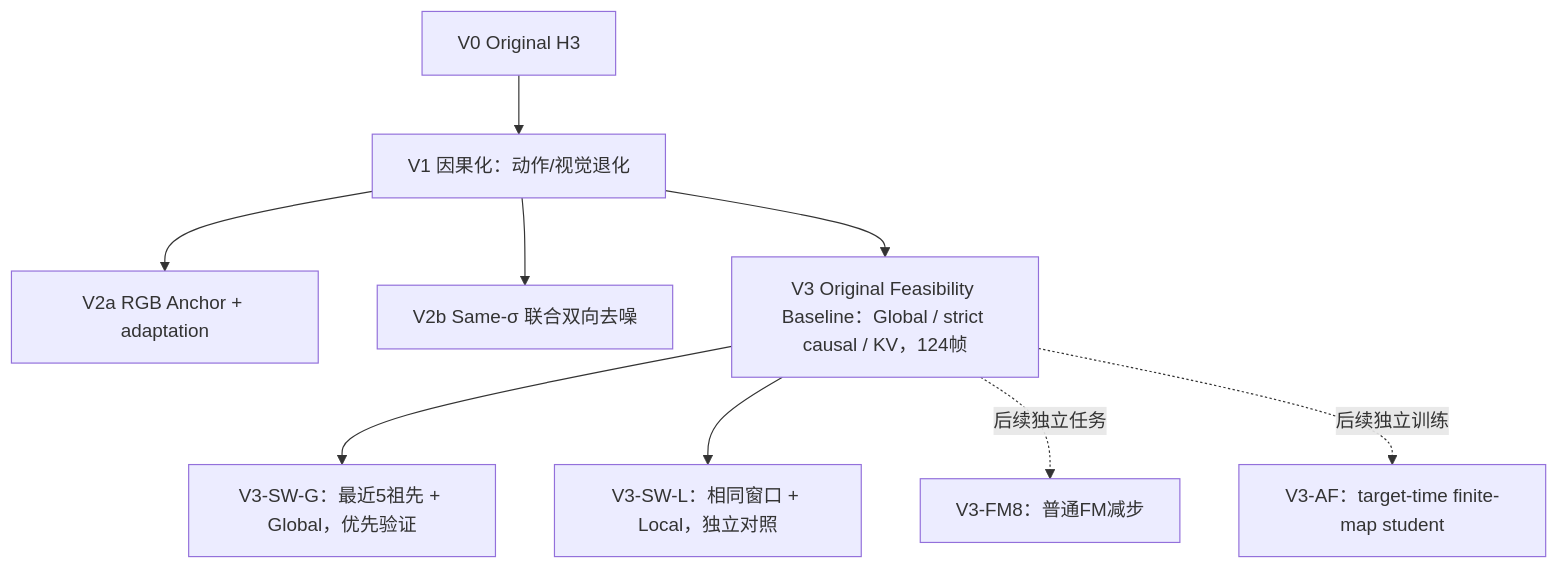
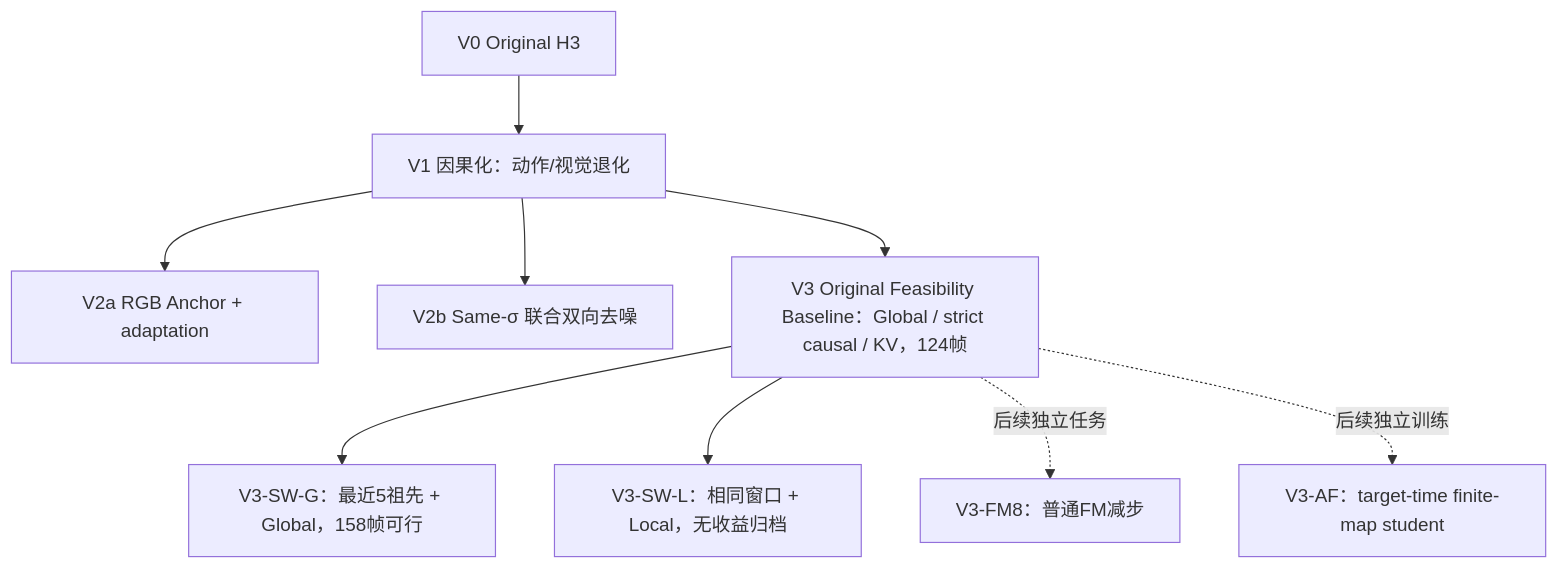
Before and after one commit to alexmqth/H3-SolarWM: the diagram in report/roadmap.md, drawn with Mermaid. The commit also changed other lines of this file and 139 other files, not shown here.

````diff
--- a/report/roadmap.md
+++ b/report/roadmap.md
@@ -3,11 +3,11 @@
 ```mermaid
 flowchart TD
   V0["V0 Original H3"] --> V1["V1 因果化：动作/视觉退化"]
   V1 --> V2a["V2a RGB Anchor + adaptation"]
   V1 --> V2b["V2b Same-σ 联合双向去噪"]
   V1 --> B["V3 Original Feasibility Baseline：Global / strict causal / KV，124帧"]
-  B --> G["V3-SW-G：最近5祖先 + Global，优先验证"]
-  B --> L["V3-SW-L：相同窗口 + Local，独立对照"]
+  B --> G["V3-SW-G：最近5祖先 + Global，158帧可行"]
+  B --> L["V3-SW-L：相同窗口 + Local，无收益归档"]
   B -. "后续独立任务" .-> FM["V3-FM8：普通FM减步"]
   B -. "后续独立训练" .-> AF["V3-AF：target-time finite-map student"]
 ```
````
